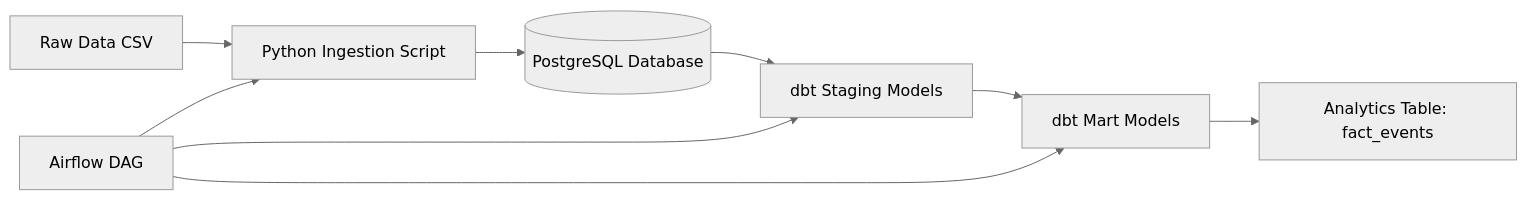
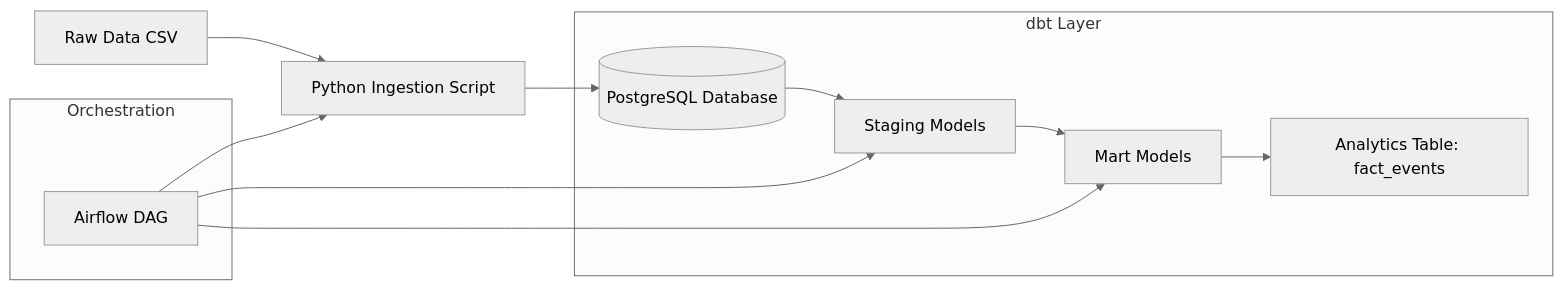
The diagram in README.md (codediba/modern-data-stack), drawn with Mermaid (neutral theme) before and after one commit.

Commit message:
Enhance README flowchart with subgraphs
Refactor flowchart to include subgraphs for dbt Layer and Orchestration.

````diff
--- a/README.md
+++ b/README.md
@@ -16,12 +16,19 @@
 ```mermaid
 flowchart LR
     A[Raw Data CSV] --> B[Python Ingestion Script]
     B --> C[(PostgreSQL Database)]
-    C --> D[dbt Staging Models]
-    D --> E[dbt Mart Models]
-    E --> F[Analytics Table: fact_events]
 
-    G[Airflow DAG] --> B
+    subgraph dbt Layer
+        C --> D[Staging Models]
+        D --> E[Mart Models]
+        E --> F[Analytics Table: fact_events]
+    end
+
+    subgraph Orchestration
+        G[Airflow DAG]
+    end
+
+    G --> B
     G --> D
     G --> E
 ```
````
